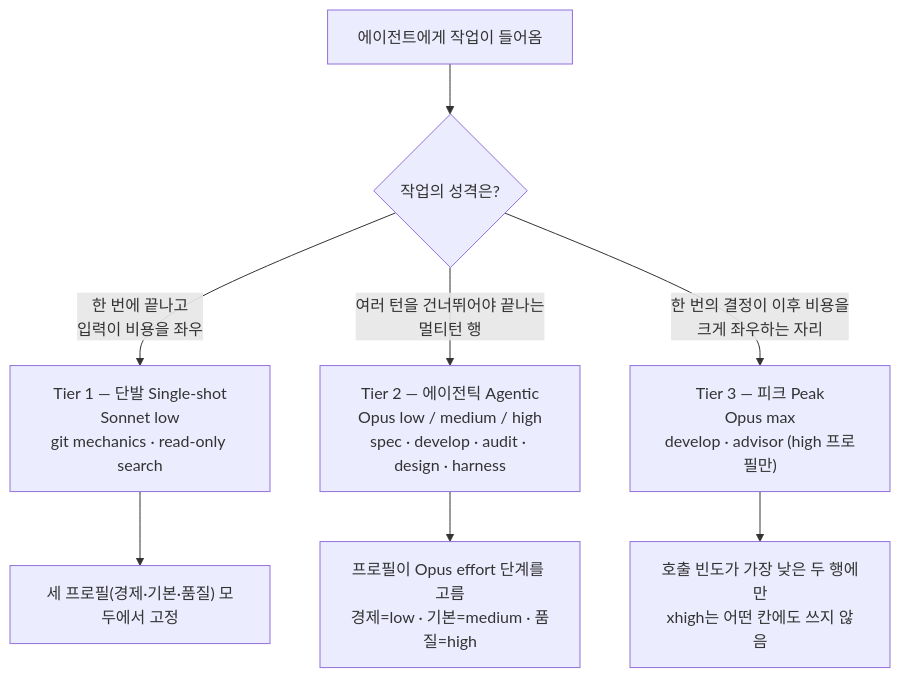
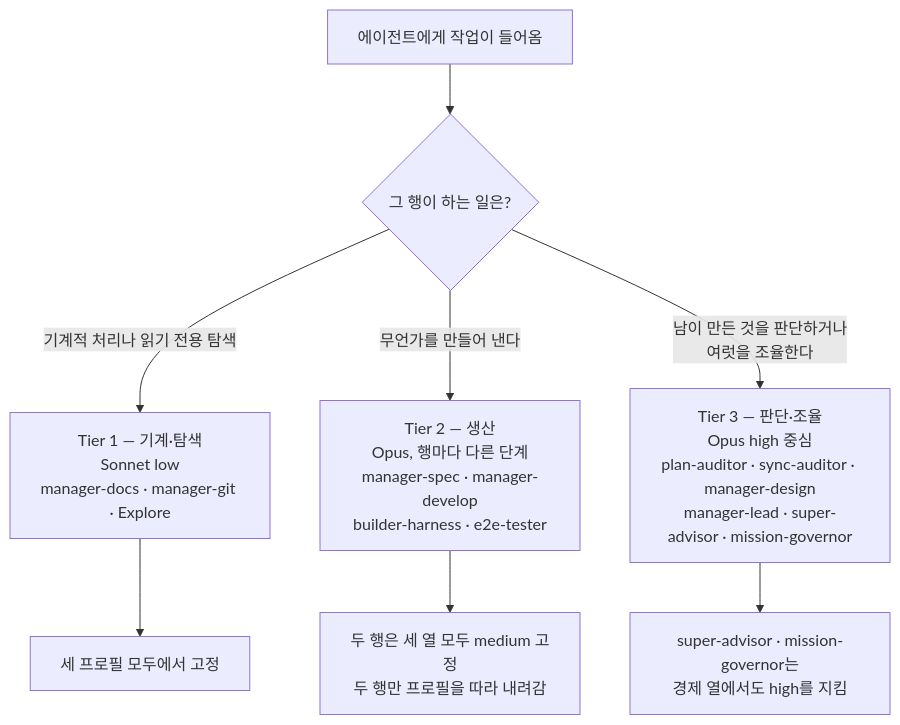
One commit to modu-ai/moai-adk changed the second of 2 diagrams in docs-site/content/ko/advanced/no-haiku-3tier.md. Above: the diagram before and after it, drawn with Mermaid. The commit also changed other lines of this file and 3 other files, not shown here.

````diff
--- a/docs-site/content/ko/advanced/no-haiku-3tier.md
+++ b/docs-site/content/ko/advanced/no-haiku-3tier.md
@@ -72,15 +72,15 @@
 ```mermaid
 flowchart TD
-    START["에이전트에게 작업이 들어옴"] --> Q{"작업의 성격은?"}
-    Q -- "한 번에 끝나고\n입력이 비용을 좌우" --> T1
-    Q -- "여러 턴을 건너뛰어야 끝나는\n멀티턴 행" --> T2
-    Q -- "한 번의 결정이 이후 비용을\n크게 좌우하는 자리" --> T3
+    START["에이전트에게 작업이 들어옴"] --> Q{"그 행이 하는 일은?"}
+    Q -- "기계적 처리나 읽기 전용 탐색" --> T1
+    Q -- "무언가를 만들어 낸다" --> T2
+    Q -- "남이 만든 것을 판단하거나\n여럿을 조율한다" --> T3
 
-    T1["Tier 1 — 단발 Single-shot<br/>Sonnet low<br/>git mechanics · read-only search"]
-    T2["Tier 2 — 에이전틱 Agentic<br/>Opus low / medium / high<br/>spec · develop · audit · design · harness"]
-    T3["Tier 3 — 피크 Peak<br/>Opus max<br/>develop · advisor (high 프로필만)"]
+    T1["Tier 1 — 기계·탐색<br/>Sonnet low<br/>manager-docs · manager-git · Explore"]
+    T2["Tier 2 — 생산<br/>Opus, 행마다 다른 단계<br/>manager-spec · manager-develop<br/>builder-harness · e2e-tester"]
+    T3["Tier 3 — 판단·조율<br/>Opus high 중심<br/>plan-auditor · sync-auditor · manager-design<br/>manager-lead · super-advisor · mission-governor"]
 
-    T1 --> NOTE["세 프로필(경제·기본·품질) 모두에서 고정"]
-    T2 --> NOTE2["프로필이 Opus effort 단계를 고름<br/>경제=low · 기본=medium · 품질=high"]
-    T3 --> NOTE3["호출 빈도가 가장 낮은 두 행에만<br/>xhigh는 어떤 칸에도 쓰지 않음"]
+    T1 --> NOTE["세 프로필 모두에서 고정"]
+    T2 --> NOTE2["두 행은 세 열 모두 medium 고정<br/>두 행만 프로필을 따라 내려감"]
+    T3 --> NOTE3["super-advisor · mission-governor는<br/>경제 열에서도 high를 지킴"]
 ```
````
